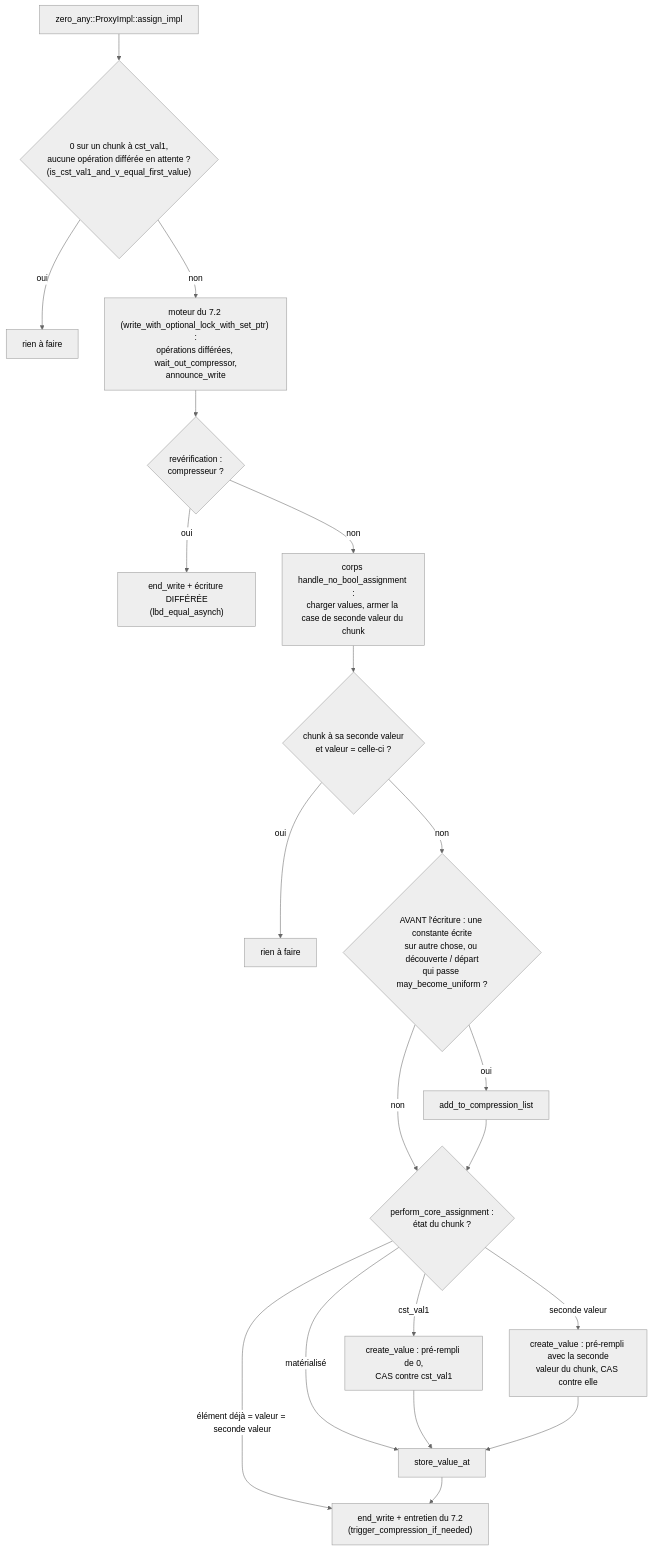
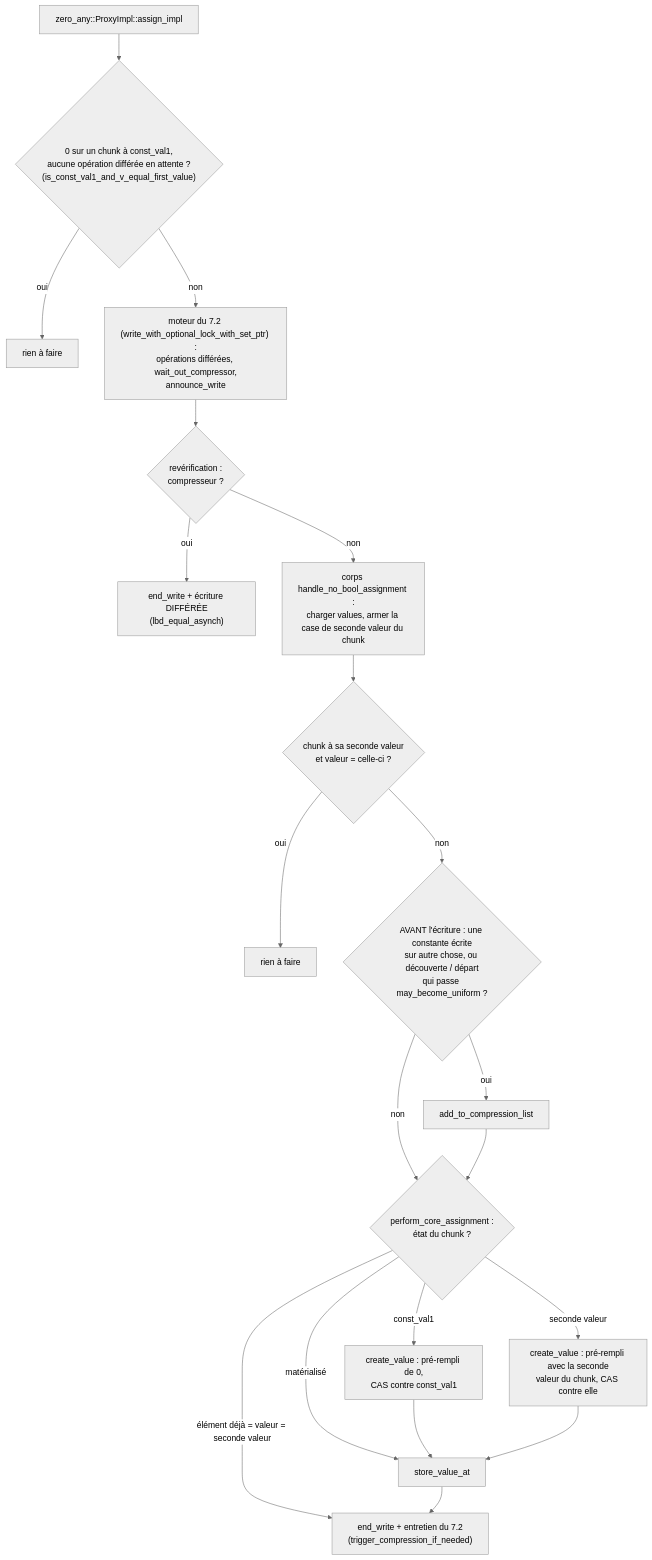
The second of 2 diagrams in docs/algo_zero_any_fr.md (cea-hpc/shrink-array), drawn with Mermaid (neutral theme) before and after one commit. The commit also changed other lines of this file and 108 other files, not shown here.

First line of the commit message:
French names in English (4/4): cst (constante) is const

````diff
--- a/docs/algo_zero_any_fr.md
+++ b/docs/algo_zero_any_fr.md
@@ -187,22 +187,22 @@
 ```mermaid
 flowchart TD
-    A["zero_any::ProxyImpl::assign_impl"] --> B{"0 sur un chunk à cst_val1,<br/>aucune opération différée en attente ?<br/>(is_cst_val1_and_v_equal_first_value)"}
+    A["zero_any::ProxyImpl::assign_impl"] --> B{"0 sur un chunk à const_val1,<br/>aucune opération différée en attente ?<br/>(is_const_val1_and_v_equal_first_value)"}
     B -->|oui| B1["rien à faire"]
     B -->|non| C["moteur du 7.2 (write_with_optional_lock_with_set_ptr) :<br/>opérations différées, wait_out_compressor,<br/>announce_write"]
     C --> D{"revérification :<br/>compresseur ?"}
     D -->|oui| D1["end_write + écriture DIFFÉRÉE<br/>(lbd_equal_asynch)"]
     D -->|non| E["corps handle_no_bool_assignment :<br/>charger values, armer la case de seconde valeur du chunk"]
     E --> F{"chunk à sa seconde valeur<br/>et valeur = celle-ci ?"}
     F -->|oui| F1["rien à faire"]
     F -->|non| G{"AVANT l'écriture : une constante écrite<br/>sur autre chose, ou découverte / départ<br/>qui passe may_become_uniform ?"}
     G -->|oui| G1["add_to_compression_list"]
     G -->|non| H
     G1 --> H{"perform_core_assignment :<br/>état du chunk ?"}
     H -->|"élément déjà = valeur = seconde valeur"| K
-    H -->|"cst_val1"| H1["create_value : pré-rempli de 0,<br/>CAS contre cst_val1"]
+    H -->|"const_val1"| H1["create_value : pré-rempli de 0,<br/>CAS contre const_val1"]
     H -->|"seconde valeur"| H2["create_value : pré-rempli avec la seconde<br/>valeur du chunk, CAS contre elle"]
     H -->|"matérialisé"| I
     H1 --> I["store_value_at"]
     H2 --> I
     I --> K["end_write + entretien du 7.2<br/>(trigger_compression_if_needed)"]
 ```
````
